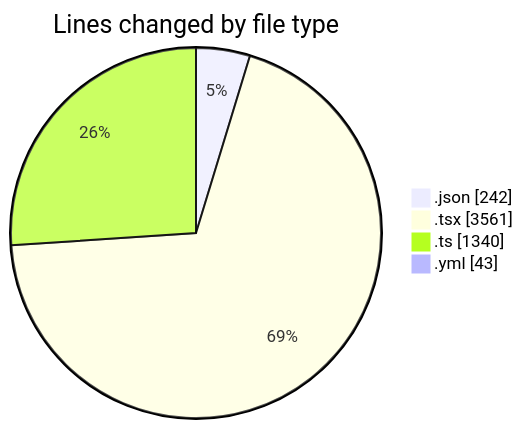
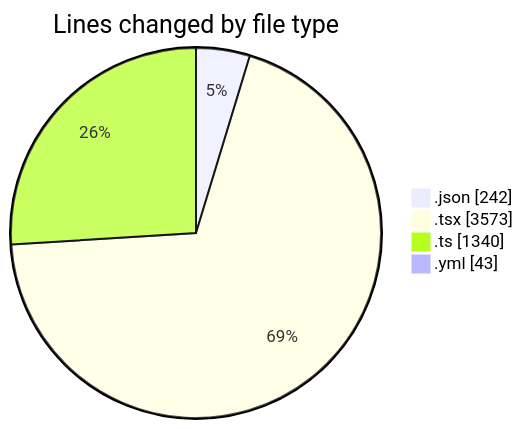
The first of 2 diagrams in 2025-11-17/eventscop-frontend-guide__workspace_/README.md (julien-gomy/code-tracking), drawn with Mermaid before and after one commit. The commit also changed other lines of this file and 1 other file, not shown here.

````diff
--- a/2025-11-17/eventscop-frontend-guide__workspace_/README.md
+++ b/2025-11-17/eventscop-frontend-guide__workspace_/README.md
@@ -47,8 +47,8 @@
 ```mermaid
 pie showData
 title Lines changed by file type
 ".json" : 242
-".tsx" : 3561
+".tsx" : 3573
 ".ts" : 1340
 ".yml" : 43
 ```
````
